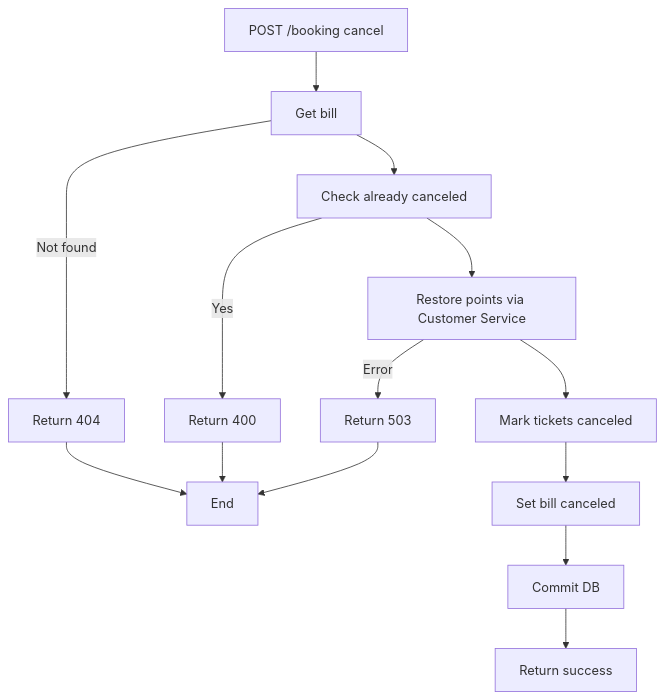
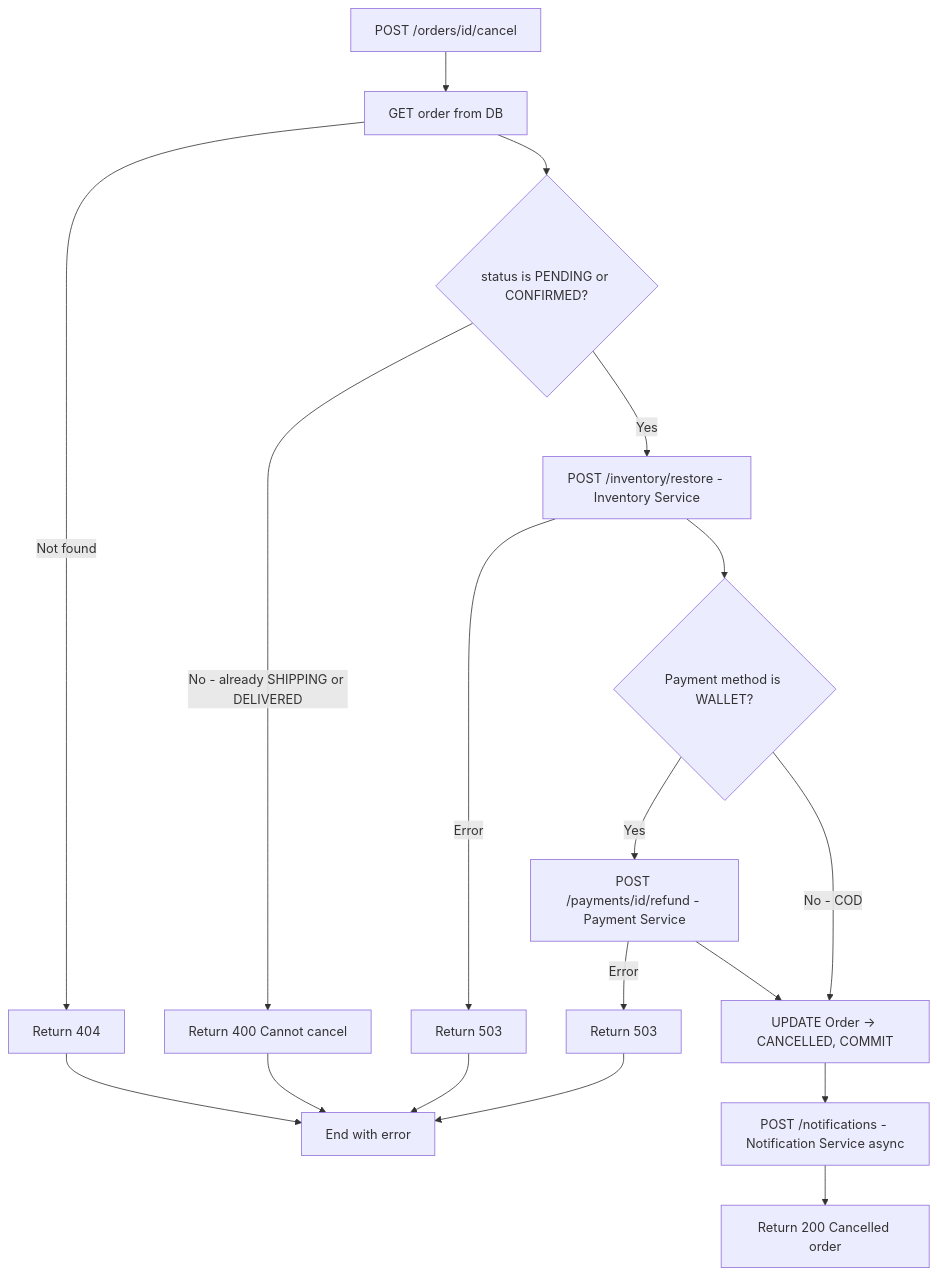
The seventh of 7 diagrams in docs/analysis-and-design.md (quyptit427/microservices-assignment-starter), drawn with Mermaid before and after one commit. The commit also changed other lines of this file, not shown here.

````diff
--- a/docs/analysis-and-design.md
+++ b/docs/analysis-and-design.md
@@ -464,21 +595,22 @@
 ```mermaid
 flowchart TD
-    A[POST /booking cancel] --> B[Get bill]
+    A[POST /orders/id/cancel] --> B[GET order from DB]
     B -->|Not found| X1[Return 404]
 
-    B --> C[Check already canceled]
-    C -->|Yes| X2[Return 400]
+    B --> C{status is PENDING or CONFIRMED?}
+    C -->|No - already SHIPPING or DELIVERED| X2[Return 400 Cannot cancel]
 
-    C --> D[Restore points via Customer Service]
+    C -->|Yes| D[POST /inventory/restore - Inventory Service]
     D -->|Error| X3[Return 503]
 
-    D --> E[Mark tickets canceled]
-    E --> F[Set bill canceled]
-    F --> G[Commit DB]
+    D --> E{Payment method is WALLET?}
+    E -->|Yes| F[POST /payments/id/refund - Payment Service]
+    F -->|Error| X4[Return 503]
+    E -->|No - COD| G
 
-    G --> H[Return success]
+    F --> G[UPDATE Order → CANCELLED, COMMIT]
+    G --> H[POST /notifications - Notification Service async]
+    H --> I[Return 200 Cancelled order]
 
-    X1 --> Z[End]
-    X2 --> Z
-    X3 --> Z
+    X1 & X2 & X3 & X4 --> Z[End with error]
 ```
````
